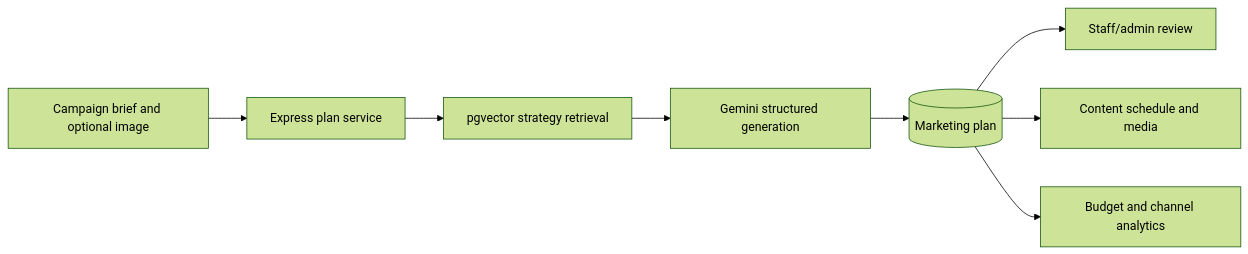
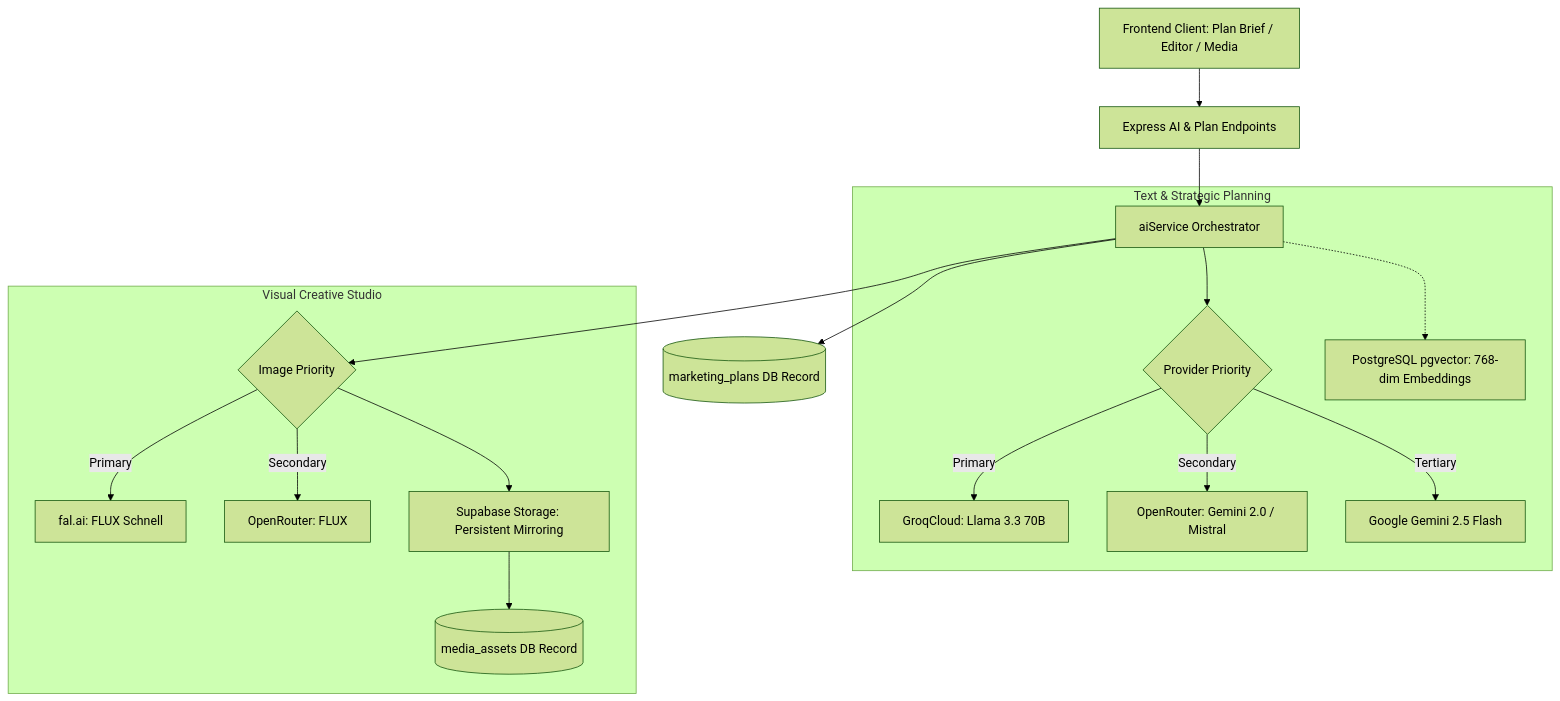
One commit to 30MUNH/Pocket-Agencom changed the diagram in ai-architecture.md. Above: the diagram before and after it, drawn with Mermaid (forest theme). The commit also changed other lines of this file and 2 other files, not shown here.

Commit message:
test(ai): automated tests for multi-provider fallback, aspect ratio validation, and architecture specs

````diff
--- a/ai-architecture.md
+++ b/ai-architecture.md
@@ -5,10 +5,23 @@
 ```mermaid
-flowchart LR
-  UI[Campaign brief and optional image] --> API[Express plan service]
-  API --> RAG[pgvector strategy retrieval]
-  RAG --> Gemini[Gemini structured generation]
-  Gemini --> Plan[(Marketing plan)]
-  Plan --> Review[Staff/admin review]
-  Plan --> Schedule[Content schedule and media]
-  Plan --> Analytics[Budget and channel analytics]
+flowchart TD
+  UI[Frontend Client: Plan Brief / Editor / Media] --> API[Express AI & Plan Endpoints]
+  API --> Orchestrator[aiService Orchestrator]
+  
+  subgraph Text & Strategic Planning
+    Orchestrator --> FallbackCheck{Provider Priority}
+    FallbackCheck -->|Primary| Groq[GroqCloud: Llama 3.3 70B]
+    FallbackCheck -->|Secondary| OR[OpenRouter: Gemini 2.0 / Mistral]
+    FallbackCheck -->|Tertiary| Gem[Google Gemini 2.5 Flash]
+    Orchestrator -.-> RAG[PostgreSQL pgvector: 768-dim Embeddings]
+  end
+
+  subgraph Visual Creative Studio
+    Orchestrator --> ImgFallback{Image Priority}
+    ImgFallback -->|Primary| Fal[fal.ai: FLUX Schnell]
+    ImgFallback -->|Secondary| ORImg[OpenRouter: FLUX]
+    ImgFallback --> Storage[Supabase Storage: Persistent Mirroring]
+    Storage --> MediaAsset[(media_assets DB Record)]
+  end
+
+  Orchestrator --> Plan[(marketing_plans DB Record)]
 ```
````
